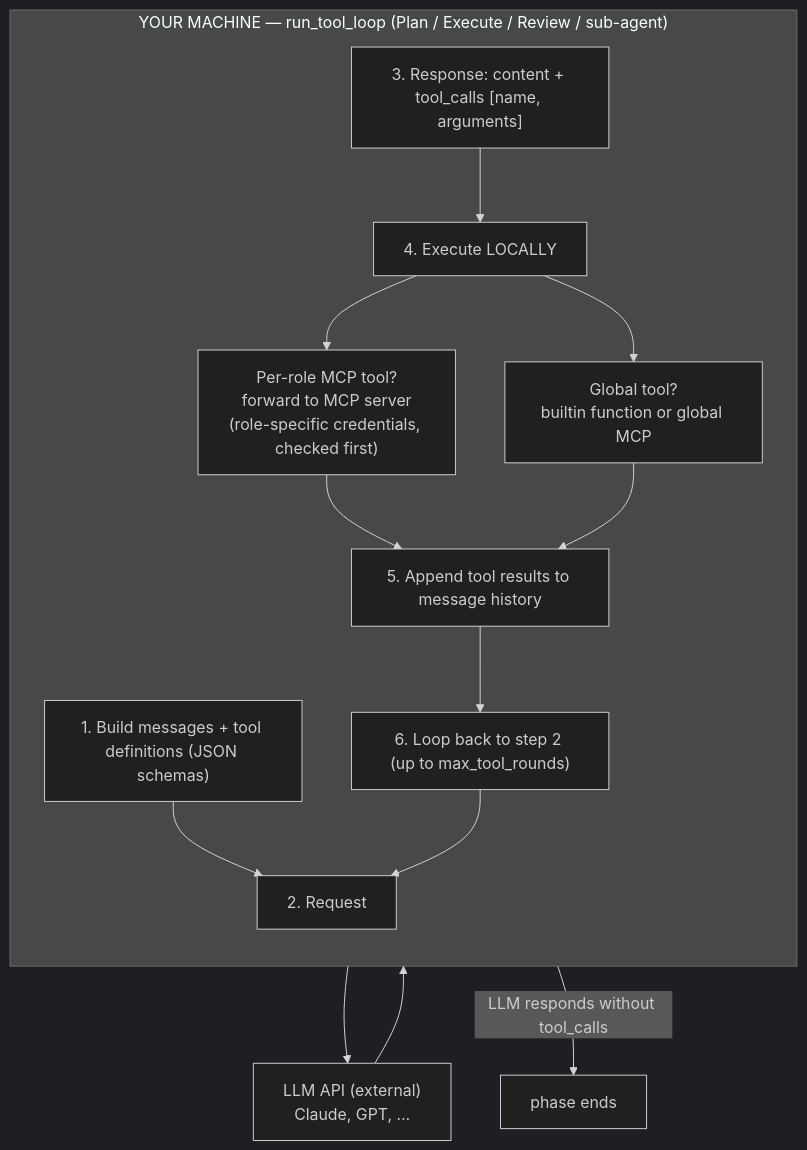
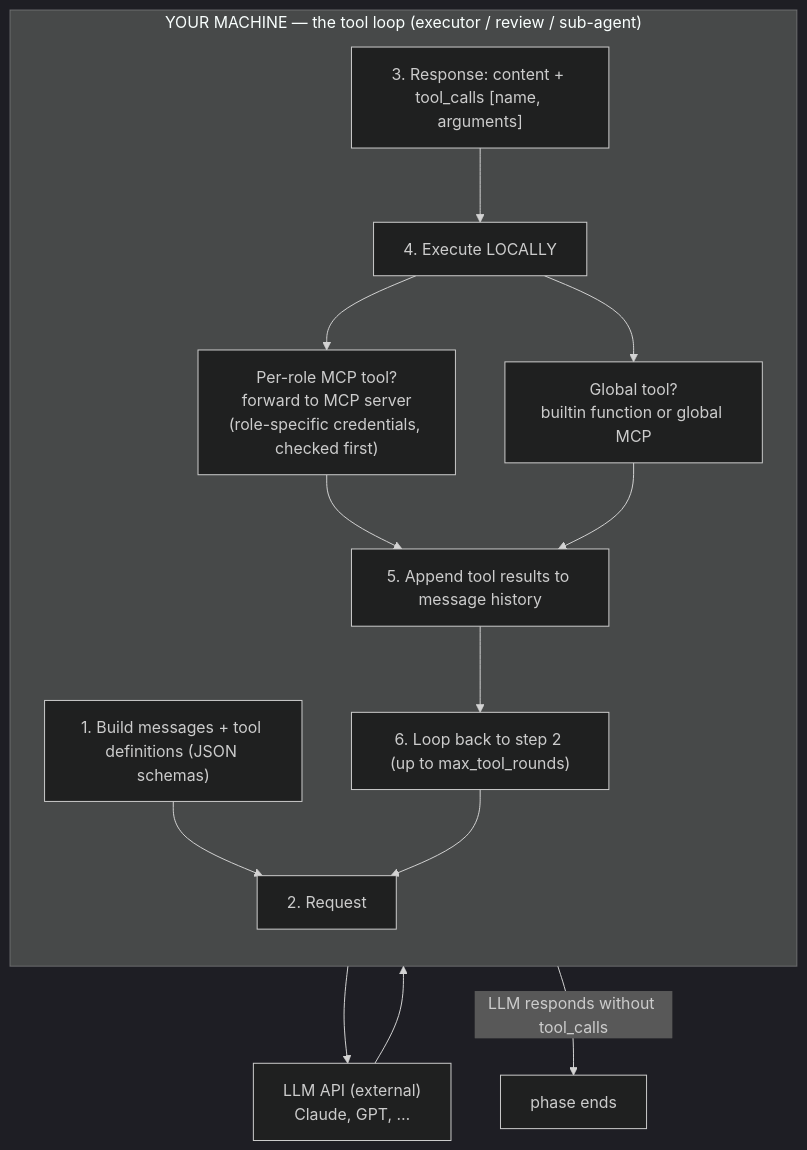
The third of 4 diagrams in docs/concepts/agent-runtime.md (crewlet/crewlet), drawn with Mermaid (dark theme) before and after one commit. The commit also changed other lines of this file and 194 other files, not shown here.

````diff
--- a/docs/concepts/agent-runtime.md
+++ b/docs/concepts/agent-runtime.md
@@ -105,26 +101,26 @@
 ```mermaid
 flowchart TD
-    subgraph machine["YOUR MACHINE — run_tool_loop (Plan / Execute / Review / sub-agent)"]
+    subgraph machine["YOUR MACHINE — the tool loop (executor / review / sub-agent)"]
         direction TB
         S1["1. Build messages + tool definitions (JSON schemas)"]
         S2["2. Request"]
         S3["3. Response: content + tool_calls [name, arguments]"]
         S4["4. Execute LOCALLY"]
         S5["5. Append tool results to message history"]
         S6["6. Loop back to step 2 (up to max_tool_rounds)"]
         MCP["Per-role MCP tool?<br/>forward to MCP server<br/>(role-specific credentials, checked first)"]
         GLOBAL["Global tool?<br/>builtin function or global MCP"]
         S1 --> S2
         S3 --> S4
         S4 --> MCP
         S4 --> GLOBAL
         MCP --> S5
         GLOBAL --> S5
         S5 --> S6
         S6 --> S2
     end
     LLM["LLM API (external)<br/>Claude, GPT, …"]
     S2 --> LLM
     LLM --> S3
     S6 -->|"LLM responds without tool_calls"| DONE["phase ends"]
 ```
````
